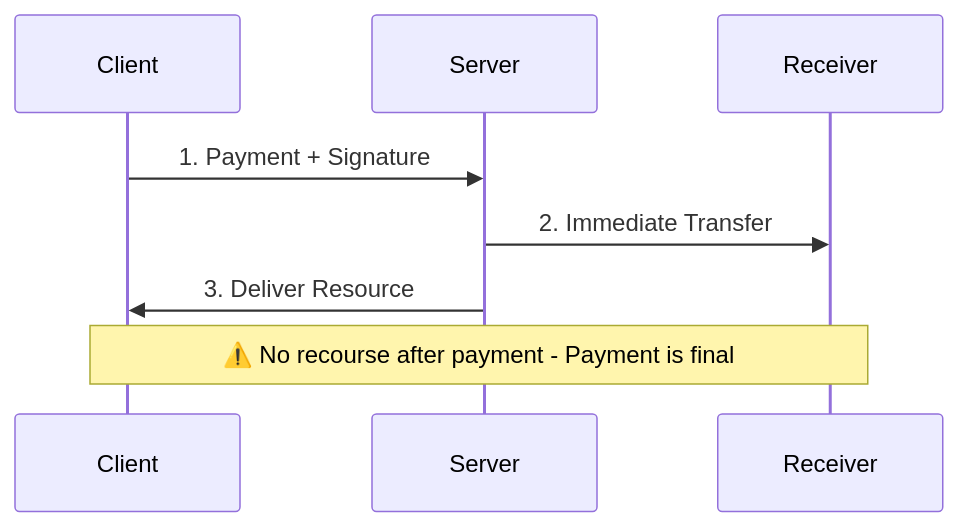
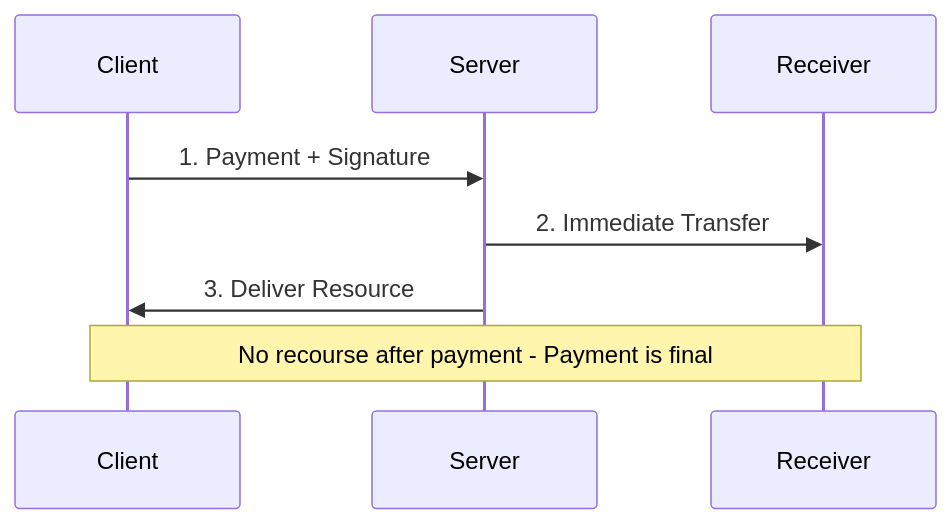
The first of 2 diagrams in x402-integration/escrow-scheme.mdx (BackTrackCo/docs), drawn with Mermaid before and after one commit. The commit also changed other lines of this file and 21 other files, not shown here.

````diff
--- a/x402-integration/escrow-scheme.mdx
+++ b/x402-integration/escrow-scheme.mdx
@@ -41,12 +78,12 @@
 ```mermaid
 sequenceDiagram
     participant Client
     participant Server
     participant Receiver
 
     Client->>Server: 1. Payment + Signature
     Server->>Receiver: 2. Immediate Transfer
     Server->>Client: 3. Deliver Resource
 
-    Note over Client,Receiver: ⚠️ No recourse after payment - Payment is final
+    Note over Client,Receiver: No recourse after payment - Payment is final
 ```
````
